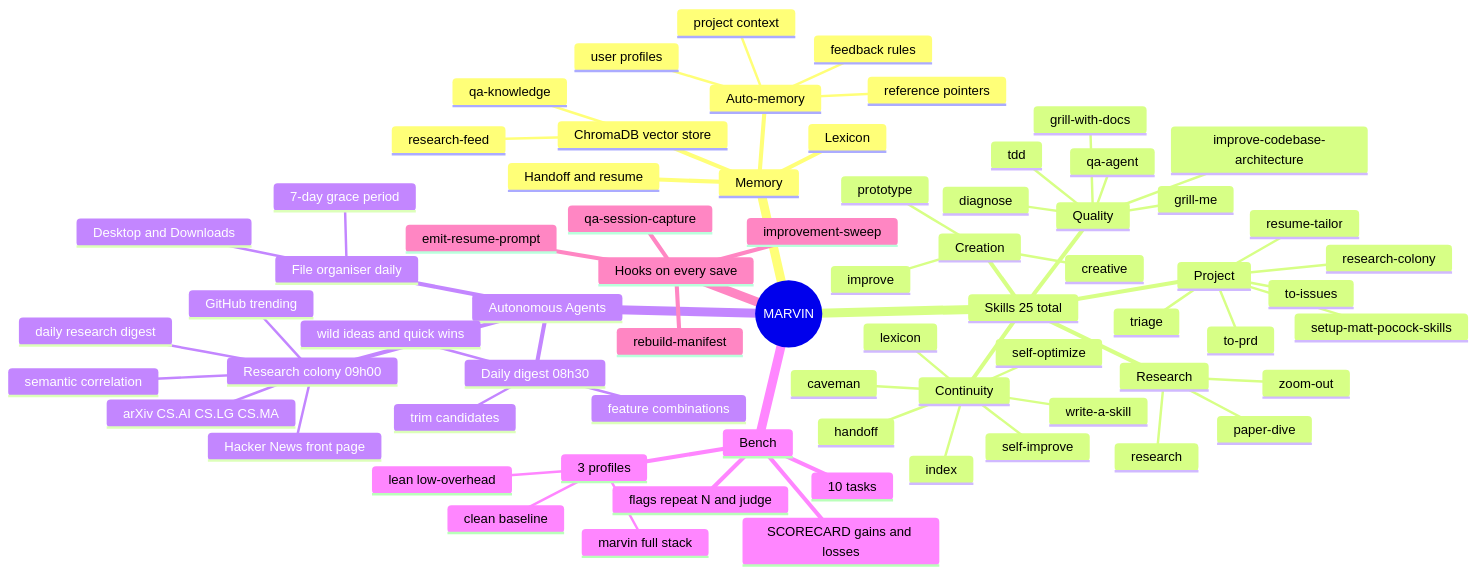
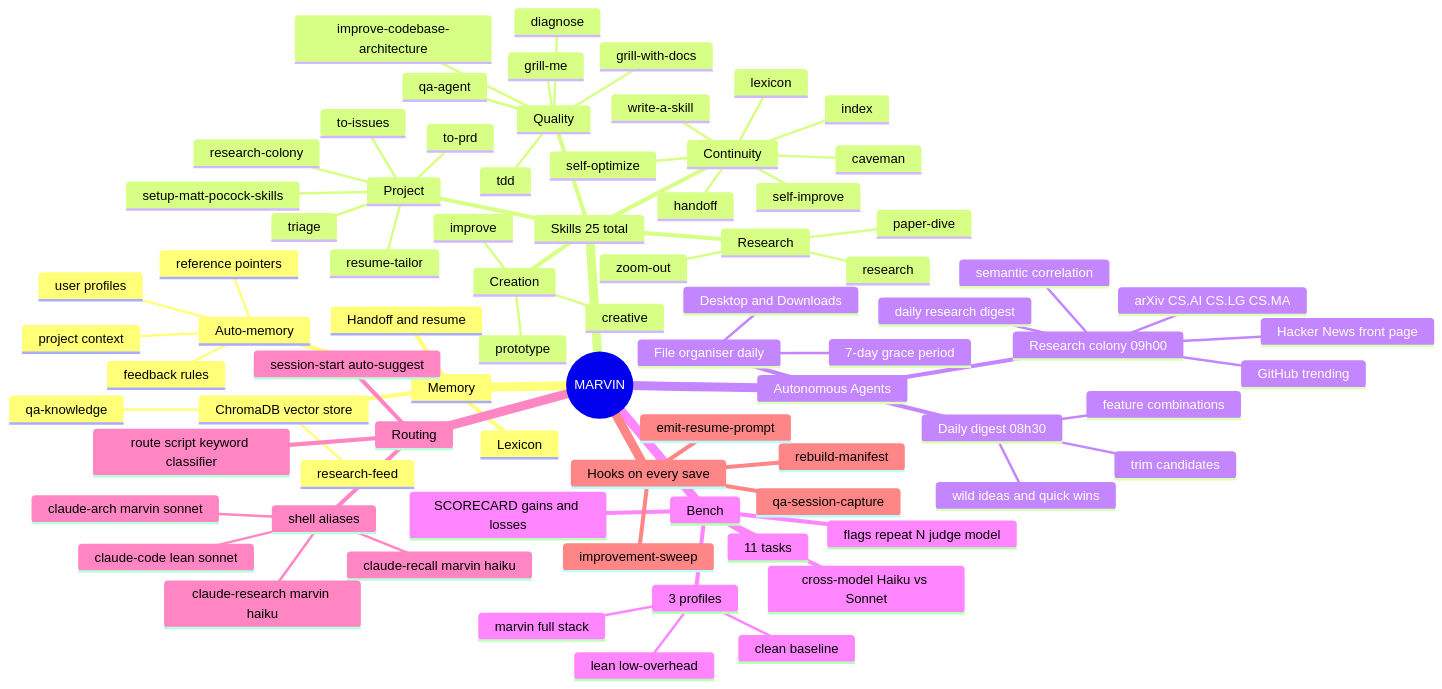
One commit to G-Eskayo/marvin changed the diagram in README.md. Above: the diagram before and after it, drawn with Mermaid. The commit also changed other lines of this file and 5 other files, not shown here.

First line of the commit message:
feat: automatic profile + model routing

````diff
--- a/README.md
+++ b/README.md
@@ -16,73 +16,82 @@
 ```mermaid
 mindmap
   root((MARVIN))
     Memory
       ChromaDB vector store
         qa-knowledge
         research-feed
       Auto-memory
         user profiles
         feedback rules
         project context
         reference pointers
       Lexicon
       Handoff and resume
     Skills 25 total
       Quality
         diagnose
         tdd
         qa-agent
         grill-me
         grill-with-docs
         improve-codebase-architecture
       Research
         research
         paper-dive
         zoom-out
       Creation
         creative
         prototype
         improve
       Continuity
         handoff
         index
         self-improve
         self-optimize
         write-a-skill
         caveman
         lexicon
       Project
         setup-matt-pocock-skills
         triage
         to-issues
         to-prd
         resume-tailor
         research-colony
     Autonomous Agents
       Daily digest 08h30
         feature combinations
         trim candidates
         wild ideas and quick wins
       Research colony 09h00
         arXiv CS.AI CS.LG CS.MA
         GitHub trending
         Hacker News front page
         semantic correlation
         daily research digest
       File organiser daily
         Desktop and Downloads
         7-day grace period
     Bench
-      10 tasks
+      11 tasks
       3 profiles
         clean baseline
         lean low-overhead
         marvin full stack
-      flags repeat N and judge
+      flags repeat N judge model
+      cross-model Haiku vs Sonnet
       SCORECARD gains and losses
+    Routing
+      route script keyword classifier
+      shell aliases
+        claude-recall marvin haiku
+        claude-code lean sonnet
+        claude-research marvin haiku
+        claude-arch marvin sonnet
+      session-start auto-suggest
     Hooks on every save
       rebuild-manifest
       emit-resume-prompt
       qa-session-capture
       improvement-sweep
 ```
````
